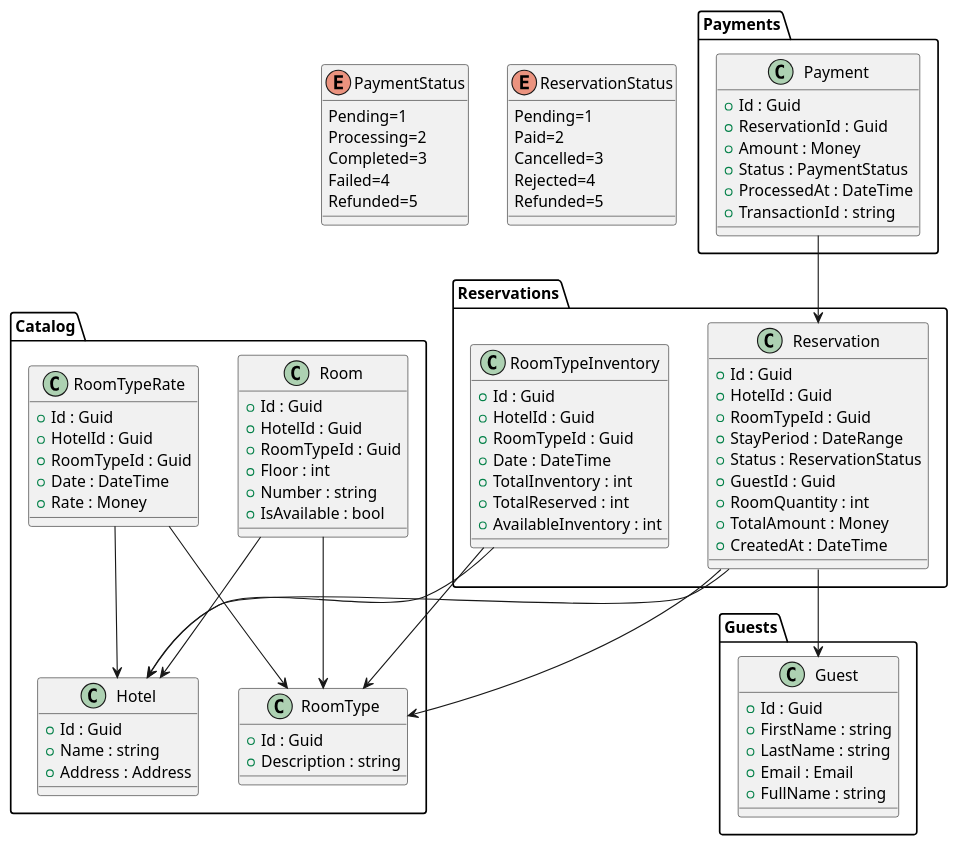
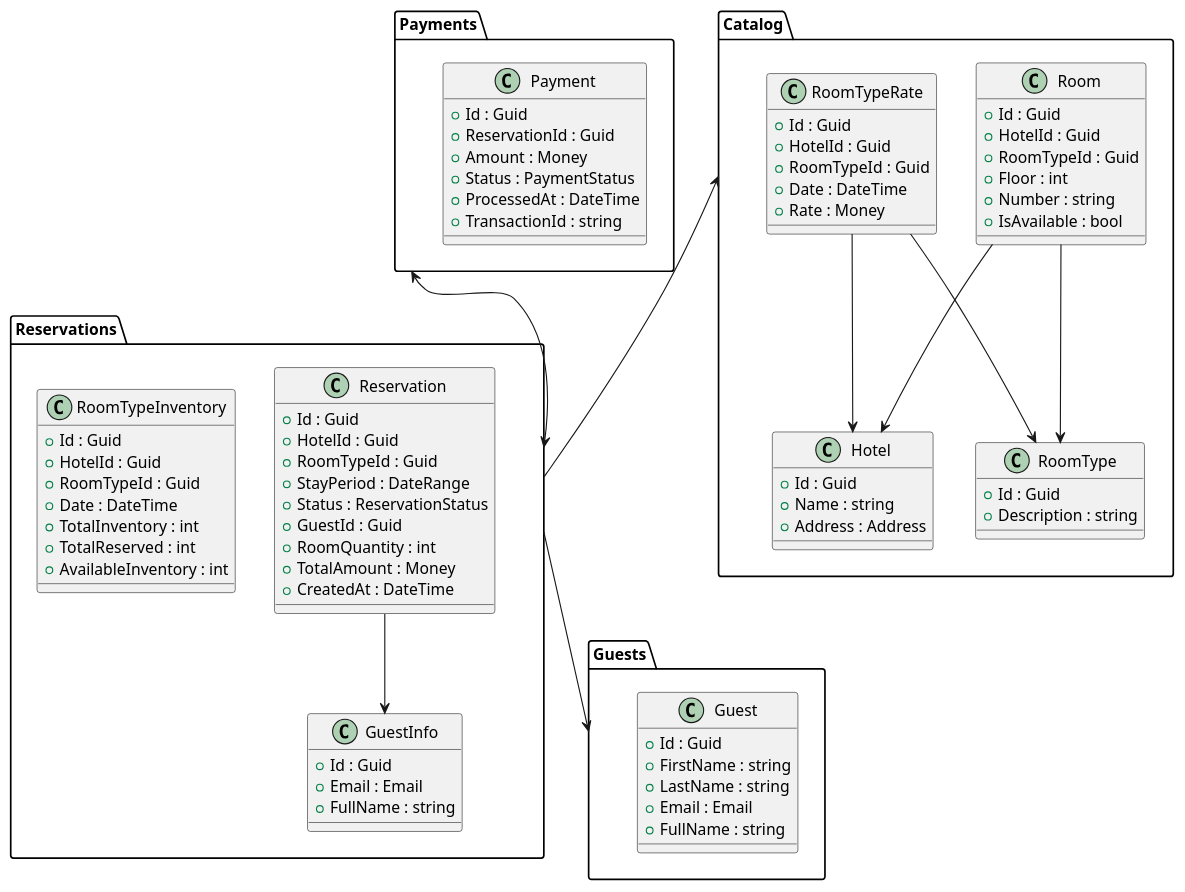
Before and after one commit to igorgomes96/fc4-hotelreservation: the diagram in diagram_modules.puml, drawn with PlantUML. The commit also changed 21 other files, not shown here.

```diff
--- a/diagram_modules.puml
+++ b/diagram_modules.puml
@@ -1,99 +1,89 @@
 @startuml
-enum PaymentStatus {
-    Pending=1
-    Processing=2
-    Completed=3
-    Failed=4
-    Refunded=5
+package Reservations {
+    class Reservation {
+        + Id : Guid
+        + HotelId : Guid
+        + RoomTypeId : Guid
+        + StayPeriod : DateRange
+        + Status : ReservationStatus
+        + GuestId : Guid
+        + RoomQuantity : int
+        + TotalAmount : Money
+        + CreatedAt : DateTime
+    }
+    
+    class RoomTypeInventory {
+        + Id : Guid
+        + HotelId : Guid
+        + RoomTypeId : Guid
+        + Date : DateTime
+        + TotalInventory : int
+        + TotalReserved : int
+        + AvailableInventory : int
+    }
+    
+    class GuestInfo {
+        + Id : Guid
+        + Email : Email
+        + FullName : string
+    }
 }
-enum ReservationStatus {
-    Pending=1
-    Paid=2
-    Cancelled=3
-    Rejected=4
-    Refunded=5
+
+package Guests {
+    class Guest {
+        + Id : Guid
+        + FirstName : string
+        + LastName : string
+        + Email : Email
+        + FullName : string
+    }
 }
+
+package Payments {
+    class Payment {
+        + Id : Guid
+        + ReservationId : Guid
+        + Amount : Money
+        + Status : PaymentStatus
+        + ProcessedAt : DateTime
+        + TransactionId : string
+    }
+}
+
 package Catalog {
     class Hotel {
         + Id : Guid
         + Name : string
         + Address : Address
     }
     class Room {
         + Id : Guid
         + HotelId : Guid
         + RoomTypeId : Guid
         + Floor : int
         + Number : string
         + IsAvailable : bool
     }
     class RoomType {
         + Id : Guid
         + Description : string
     }
     class RoomTypeRate {
         + Id : Guid
         + HotelId : Guid
         + RoomTypeId : Guid
         + Date : DateTime
         + Rate : Money
     }
 }
 
-package Payments {
-    class Payment {
-        + Id : Guid
-        + ReservationId : Guid
-        + Amount : Money
-        + Status : PaymentStatus
-        + ProcessedAt : DateTime
-        + TransactionId : string
-    }
-}
-
-package Reservations {
-    class Reservation {
-        + Id : Guid
-        + HotelId : Guid
-        + RoomTypeId : Guid
-        + StayPeriod : DateRange
-        + Status : ReservationStatus
-        + GuestId : Guid
-        + RoomQuantity : int
-        + TotalAmount : Money
-        + CreatedAt : DateTime
-    }
-    
-    class RoomTypeInventory {
-        + Id : Guid
-        + HotelId : Guid
-        + RoomTypeId : Guid
-        + Date : DateTime
-        + TotalInventory : int
-        + TotalReserved : int
-        + AvailableInventory : int
-    }
-}
-
-package Guests {
-    class Guest {
-        + Id : Guid
-        + FirstName : string
-        + LastName : string
-        + Email : Email
-        + FullName : string
-    }
-}
-
+Catalog <-- Reservations
+Reservations --> Guests
 RoomTypeRate --> RoomType
-RoomTypeInventory --> Hotel
-RoomTypeInventory --> RoomType
-Reservation --> Hotel
-Reservation --> RoomType
+Reservation --> GuestInfo
 RoomTypeRate --> Hotel
-Reservation --> Guest
+Payments <--> Reservations
+Room --> RoomType
 Room --> Hotel
-Room --> RoomType
-Payment --> Reservation
 
 @enduml
```
